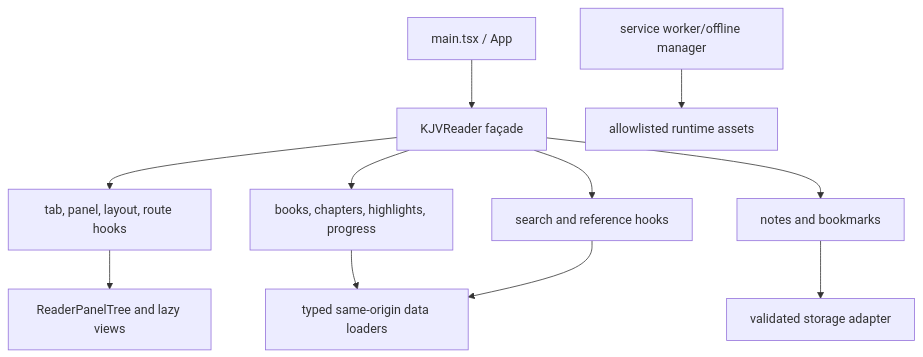
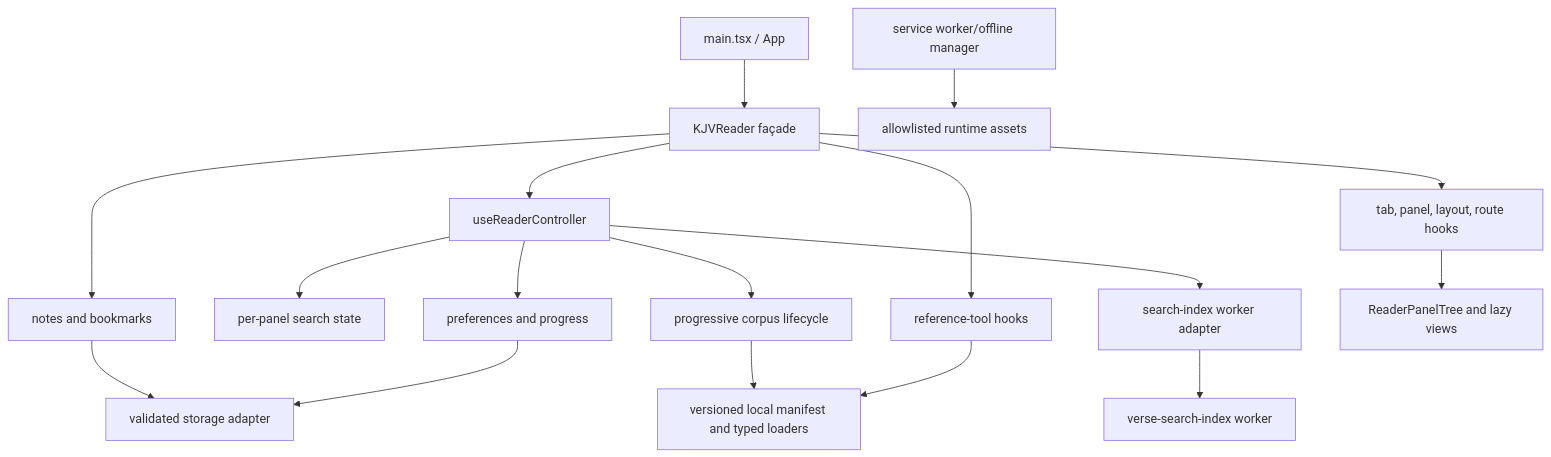
Before and after one commit to gcoxdev/KJV-Only: the diagram in docs/architecture.md, drawn with Mermaid. The commit also changed other lines of this file and 35 other files, not shown here.

First line of the commit message:
refactor(reader): harden corpus lifecycle

````diff
--- a/docs/architecture.md
+++ b/docs/architecture.md
@@ -5,13 +5,19 @@
 ```mermaid
 flowchart TD
   Bootstrap[main.tsx / App] --> Controller[KJVReader façade]
+  Controller --> ReaderController[useReaderController]
   Controller --> Workspace[tab, panel, layout, route hooks]
-  Controller --> Reading[books, chapters, highlights, progress]
+  ReaderController --> Corpus[progressive corpus lifecycle]
+  ReaderController --> SearchState[per-panel search state]
+  ReaderController --> SearchIndex[search-index worker adapter]
+  ReaderController --> Reading[preferences and progress]
   Controller --> Personal[notes and bookmarks]
-  Controller --> Study[search and reference hooks]
+  Controller --> Study[reference-tool hooks]
   Workspace --> Views[ReaderPanelTree and lazy views]
   Personal --> Persistence[validated storage adapter]
-  Reading --> Data[typed same-origin data loaders]
+  Corpus --> Data[versioned local manifest and typed loaders]
+  SearchIndex --> Worker[verse-search-index worker]
+  Reading --> Persistence
   Study --> Data
   Offline[service worker/offline manager] --> Runtime[allowlisted runtime assets]
 ```
````
